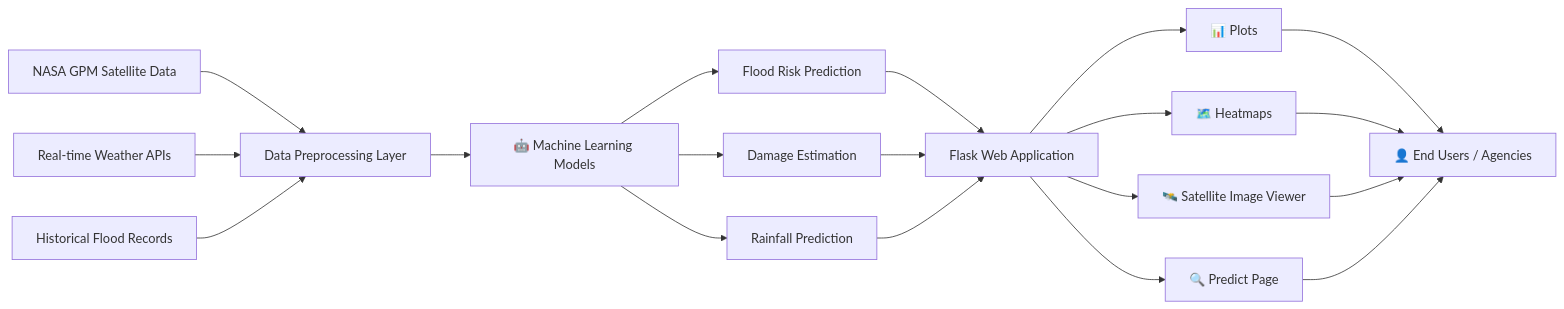
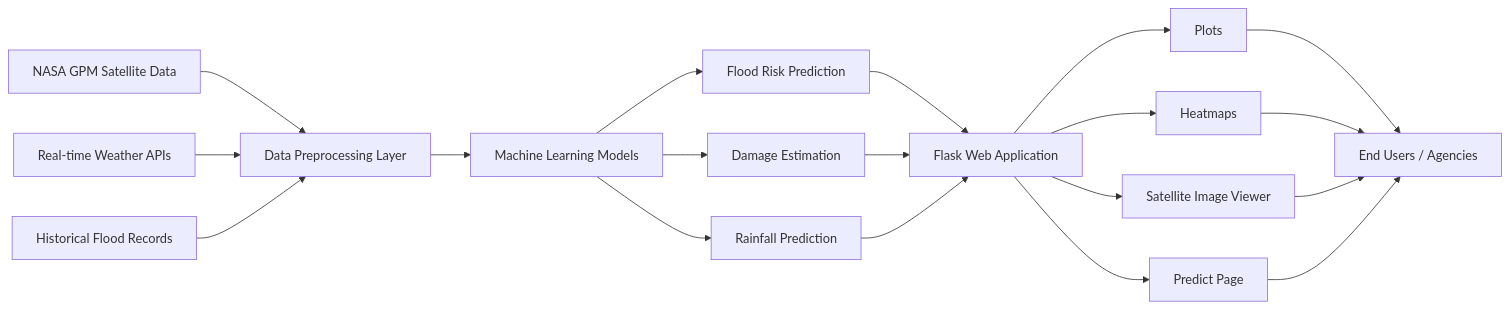
The diagram in README.md (Chandan24-cell/FloodGuard-AI-v2), drawn with Mermaid before and after one commit. The commit also changed other lines of this file, not shown here.

````diff
--- a/README.md
+++ b/README.md
@@ -100,25 +112,25 @@
 ```mermaid
 flowchart LR
     A[ NASA GPM Satellite Data] --> D[Data Preprocessing Layer]
     B[ Real-time Weather APIs] --> D
     C[ Historical Flood Records] --> D
 
-    D --> E[🤖 Machine Learning Models]
+    D --> E[Machine Learning Models]
     E --> F[Flood Risk Prediction]
     E --> G[Damage Estimation]
     E --> H[Rainfall Prediction]
 
     F --> I[Flask Web Application]
     G --> I
     H --> I
 
-    I --> J[📊 Plots]
-    I --> K[🗺️ Heatmaps]
-    I --> L[🛰️ Satellite Image Viewer]
-    I --> M[🔍 Predict Page]
+    I --> J[Plots]
+    I --> K[Heatmaps]
+    I --> L[Satellite Image Viewer]
+    I --> M[Predict Page]
 
-    J --> N[👤 End Users / Agencies]
+    J --> N[End Users / Agencies]
     K --> N
     L --> N
     M --> N
 ```
````
